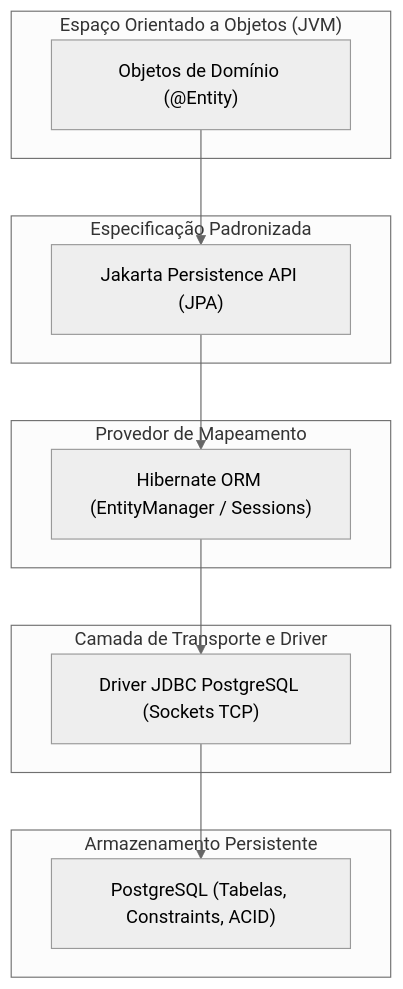
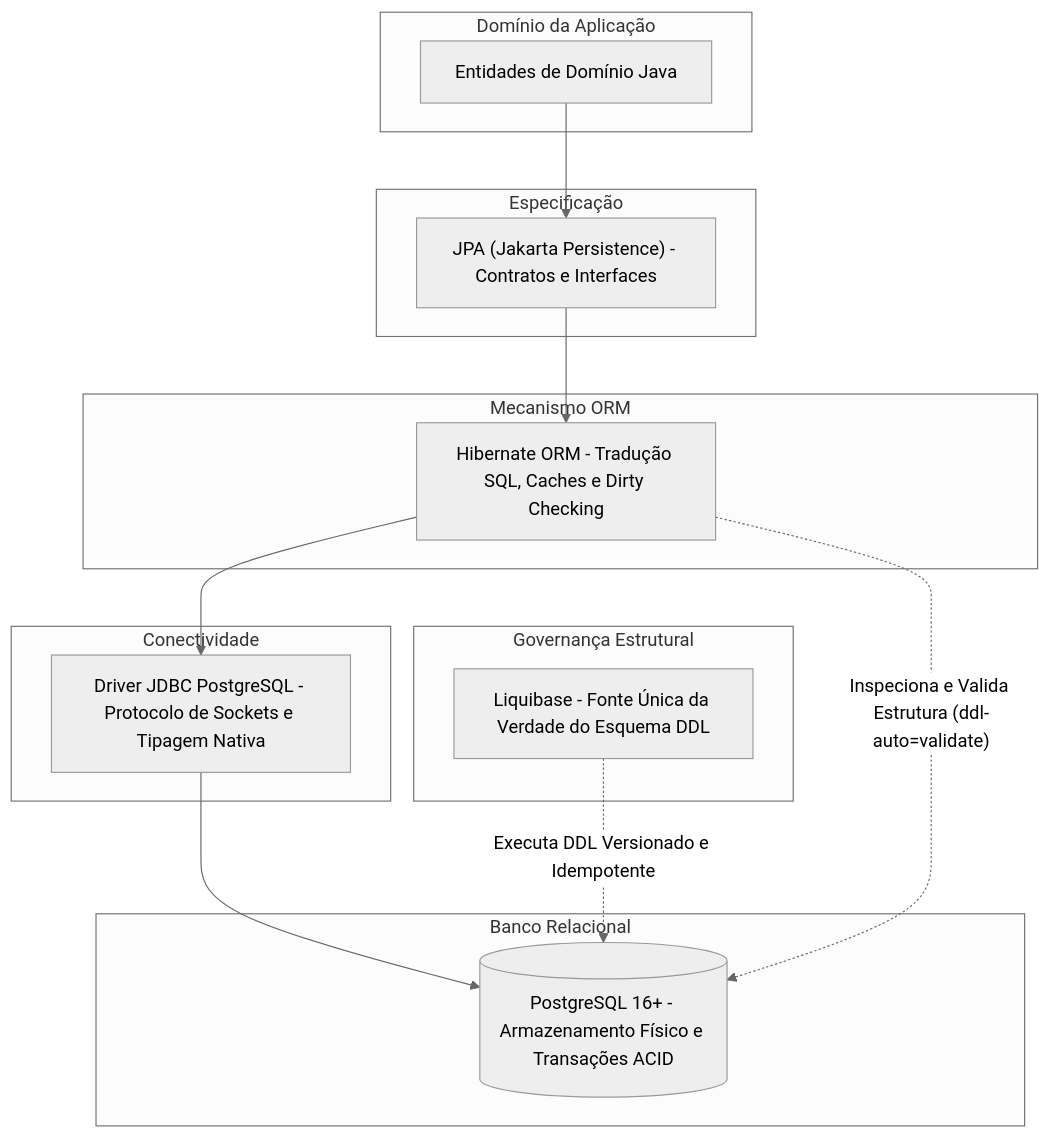
One commit to murilolol/unifef changed diagram 12 of 20 in 4º Semestre/[Prof. Jefferson Passerini] Laboratório de Programação IV/Resumos-IA/Caderno-Consolidado.md. Above: the diagram before and after it, drawn with Mermaid (neutral theme). The commit also changed other lines of this file and 40 other files, not shown here.

````diff
--- a/4º Semestre/[Prof. Jefferson Passerini] Laboratório de Programação IV/Resumos-IA/Caderno-Consolidado.md
+++ b/4º Semestre/[Prof. Jefferson Passerini] Laboratório de Programação IV/Resumos-IA/Caderno-Consolidado.md
@@ -242,22 +501,28 @@
 ```mermaid
 flowchart TD
-    subgraph DominioJava ["Espaço Orientado a Objetos (JVM)"]
-        OBJ["Objetos de Domínio (@Entity)"]
-    end
-    subgraph CamadaJPA ["Especificação Padronizada"]
-        JPA["Jakarta Persistence API (JPA)"]
-    end
-    subgraph MotorORM ["Provedor de Mapeamento"]
-        HIB["Hibernate ORM (EntityManager / Sessions)"]
-    end
-    subgraph ConexaoRede ["Camada de Transporte e Driver"]
-        JDBC["Driver JDBC PostgreSQL (Sockets TCP)"]
-    end
-    subgraph SGBDRelacional ["Armazenamento Persistente"]
-        PG["PostgreSQL (Tabelas, Constraints, ACID)"]
-    end
-    OBJ --> JPA
-    JPA --> HIB
-    HIB --> JDBC
-    JDBC --> PG
+  subgraph Dominio["Domínio da Aplicação"]
+    Obj["Entidades de Domínio Java"]
+  end
+  subgraph AbstracaoJPA["Especificação"]
+    JPA["JPA (Jakarta Persistence) - Contratos e Interfaces"]
+  end
+  subgraph ProvedorORM["Mecanismo ORM"]
+    HIB["Hibernate ORM - Tradução SQL, Caches e Dirty Checking"]
+  end
+  subgraph DriverRede["Conectividade"]
+    JDBC["Driver JDBC PostgreSQL - Protocolo de Sockets e Tipagem Nativa"]
+  end
+  subgraph SGBD["Banco Relacional"]
+    PG[("PostgreSQL 16+ - Armazenamento Físico e Transações ACID")]
+  end
+  subgraph Migrador["Governança Estrutural"]
+    LQ["Liquibase - Fonte Única da Verdade do Esquema DDL"]
+  end
+
+  Obj --> JPA
+  JPA --> HIB
+  HIB --> JDBC
+  JDBC --> PG
+  LQ -. Executa DDL Versionado e Idempotente .-> PG
+  HIB -. Inspeciona e Valida Estrutura (ddl-auto=validate) .-> PG
 ```
````
